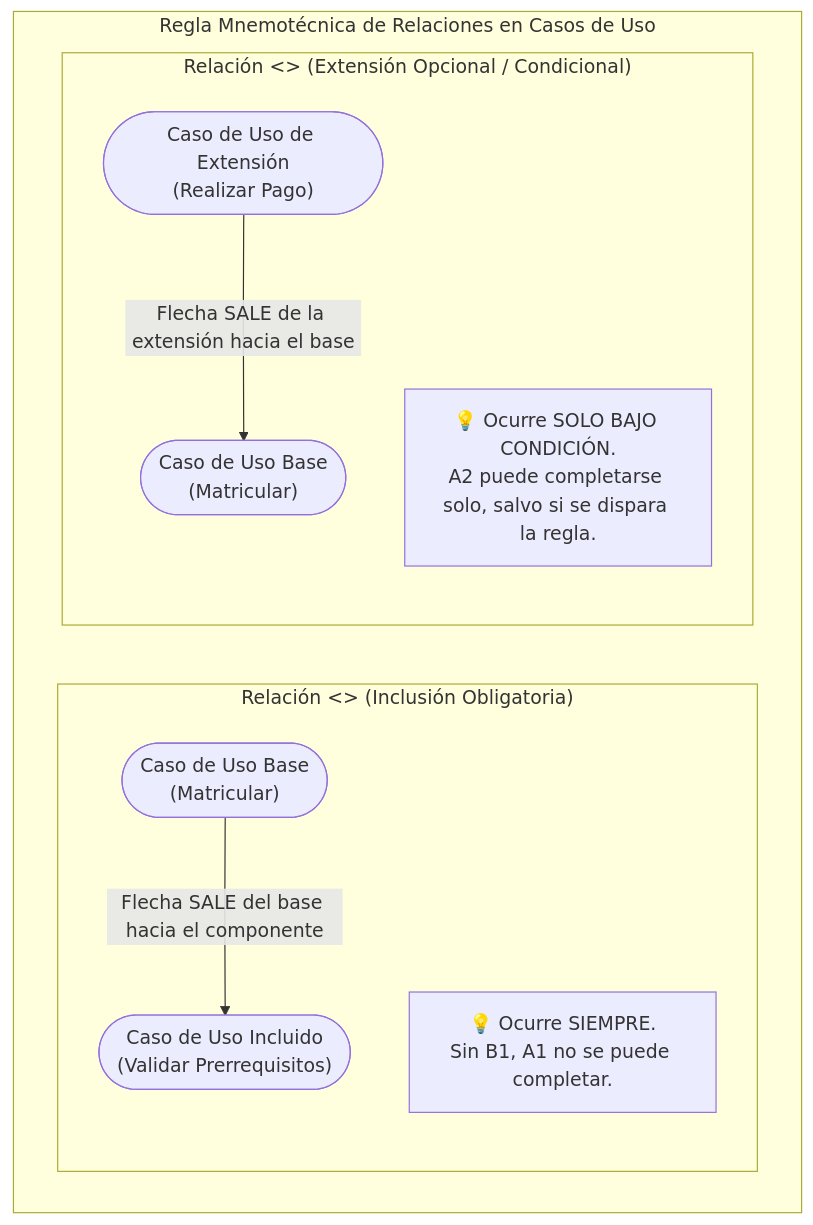
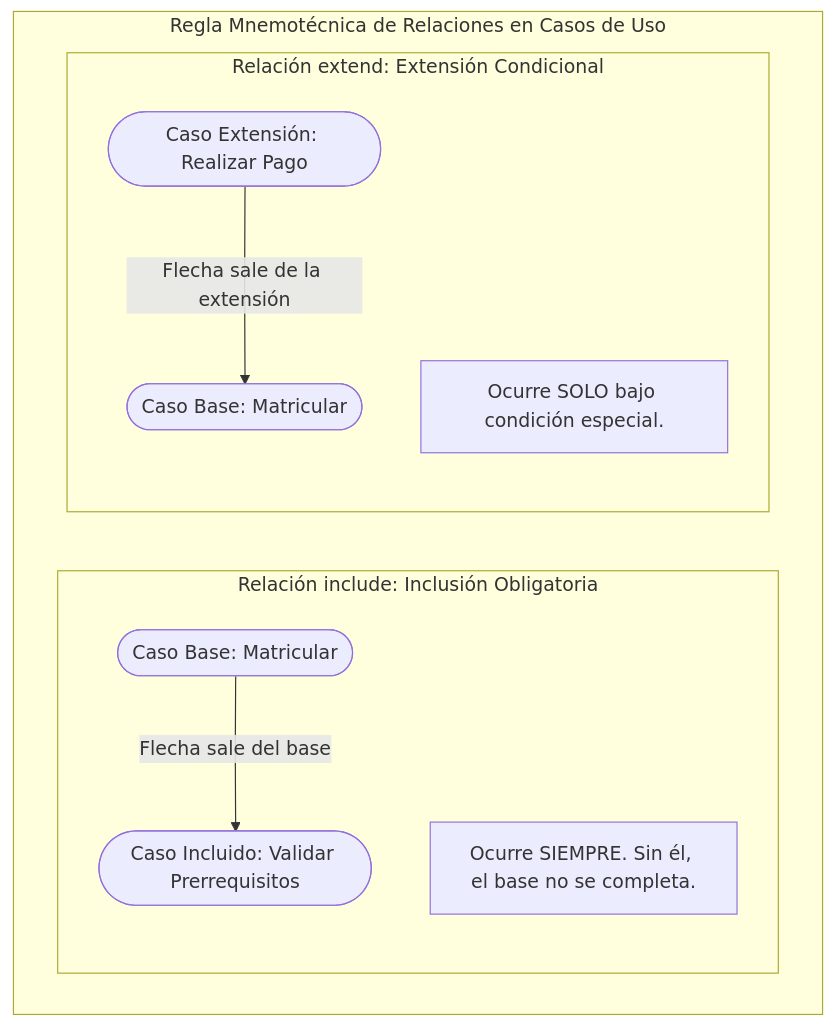
One commit to ByronMoreno/dise-o-arquitectura changed the second of 5 diagrams in Semana 2/Clase 2.1 - Ejemplo UML Casos de Uso Matriculas.md. Above: the diagram before and after it, drawn with Mermaid. The commit also changed other lines of this file and 5 other files, not shown here.

Commit message:
rectificado el uml semana 2

````diff
--- a/Semana 2/Clase 2.1 - Ejemplo UML Casos de Uso Matriculas.md
+++ b/Semana 2/Clase 2.1 - Ejemplo UML Casos de Uso Matriculas.md
@@ -91,18 +91,18 @@
 ```mermaid
 flowchart TD
   subgraph Comparativa ["Regla Mnemotécnica de Relaciones en Casos de Uso"]
     direction LR
 
-    subgraph CasoInclude ["Relación <<include>> (Inclusión Obligatoria)"]
+    subgraph CasoInclude ["Relación include: Inclusión Obligatoria"]
       direction TB
-      A1(["Caso de Uso Base<br/>(Matricular)"]) -->|Flecha SALE del base hacia el componente| B1(["Caso de Uso Incluido<br/>(Validar Prerrequisitos)"])
-      Nota1["💡 Ocurre SIEMPRE.<br/>Sin B1, A1 no se puede completar."]
+      A1(["Caso Base: Matricular"]) -->|"Flecha sale del base"| B1(["Caso Incluido: Validar Prerrequisitos"])
+      Nota1["Ocurre SIEMPRE. Sin él, el base no se completa."]
     end
 
-    subgraph CasoExtend ["Relación <<extend>> (Extensión Opcional / Condicional)"]
+    subgraph CasoExtend ["Relación extend: Extensión Condicional"]
       direction TB
-      B2(["Caso de Uso de Extensión<br/>(Realizar Pago)"]) -->|Flecha SALE de la extensión hacia el base| A2(["Caso de Uso Base<br/>(Matricular)"])
-      Nota2["💡 Ocurre SOLO BAJO CONDICIÓN.<br/>A2 puede completarse solo, salvo si se dispara la regla."]
+      B2(["Caso Extensión: Realizar Pago"]) -->|"Flecha sale de la extensión"| A2(["Caso Base: Matricular"])
+      Nota2["Ocurre SOLO bajo condición especial."]
     end
   end
 ```
````
